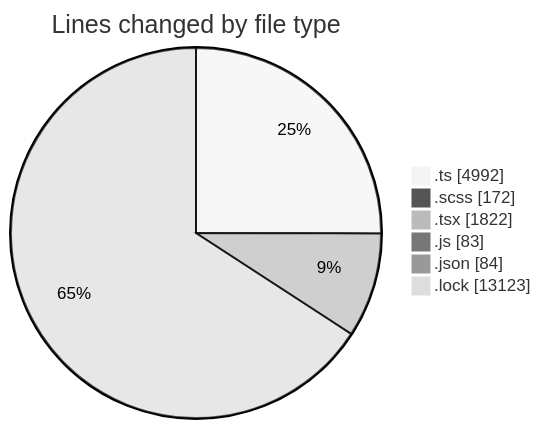
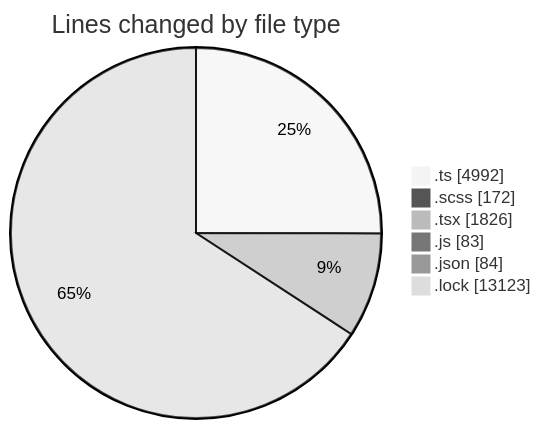
The first of 2 diagrams in 2025-09-12/cda/README.md (momahboobian/code-tracking), drawn with Mermaid (neutral theme) before and after one commit. The commit also changed other lines of this file and 1 other file, not shown here.

````diff
--- a/2025-09-12/cda/README.md
+++ b/2025-09-12/cda/README.md
@@ -34,10 +34,10 @@
 ```mermaid
 pie showData
 title Lines changed by file type
 ".ts" : 4992
 ".scss" : 172
-".tsx" : 1822
+".tsx" : 1826
 ".js" : 83
 ".json" : 84
 ".lock" : 13123
 ```
````
